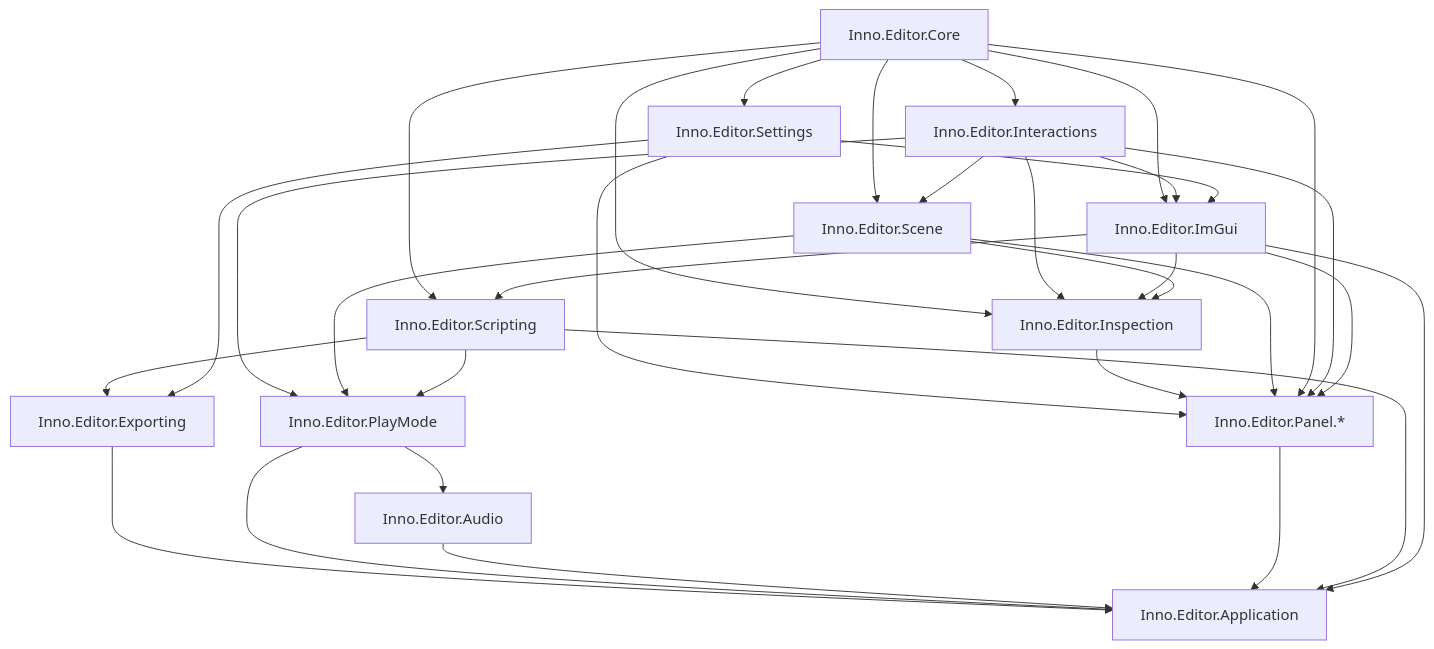
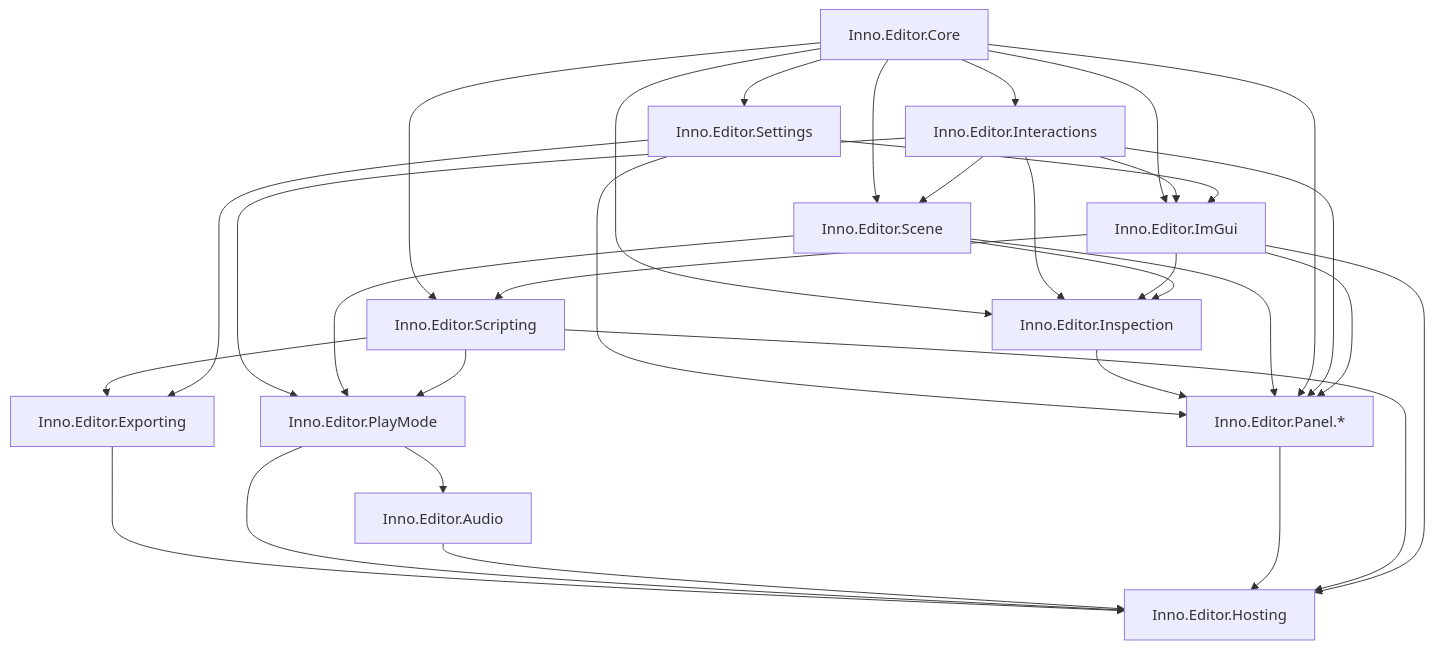
The diagram in docs/editor/README.md (Wolfiora/InnoEngine), drawn with Mermaid before and after one commit. The commit also changed other lines of this file and 1056 other files, not shown here.

````diff
--- a/docs/editor/README.md
+++ b/docs/editor/README.md
@@ -41,34 +41,34 @@
 ```mermaid
 flowchart TD
     Core["Inno.Editor.Core"] --> Interactions["Inno.Editor.Interactions"]
     Core --> ImGui["Inno.Editor.ImGui"]
     Interactions --> ImGui
     Interactions --> PlayMode["Inno.Editor.PlayMode"]
     PlayMode --> Audio["Inno.Editor.Audio"]
     Core --> Inspection["Inno.Editor.Inspection"]
     Interactions --> Inspection
     ImGui --> Inspection
     Core --> Scene["Inno.Editor.Scene"]
     Interactions --> Scene
     Scene --> PlayMode
     Core --> Settings["Inno.Editor.Settings"]
     Settings --> ImGui
     Settings --> Panels
     Scene --> Inspection
     Inspection --> Panels
     Scene --> Panels["Inno.Editor.Panel.*"]
     Core --> Panels
     Interactions --> Panels
     ImGui --> Panels
     Core --> Scripting["Inno.Editor.Scripting"]
     ImGui --> Scripting
     Scripting --> PlayMode
     Scripting --> Exporting["Inno.Editor.Exporting"]
     Settings --> Exporting
     Exporting --> Application
     PlayMode --> Application
     Audio --> Application
-    Panels --> Application["Inno.Editor.Application"]
+    Panels --> Application["Inno.Editor.Hosting"]
     Scripting --> Application
     ImGui --> Application
 ```
````
